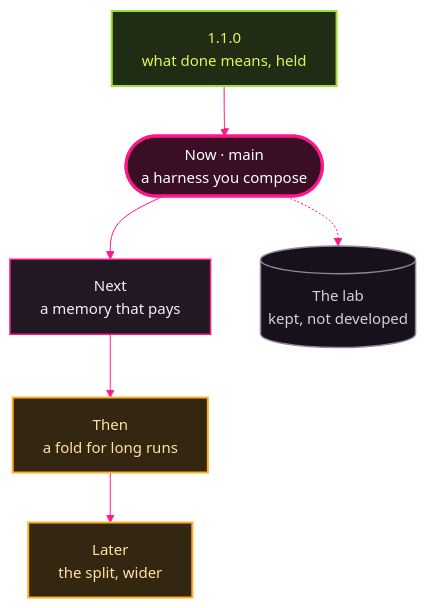
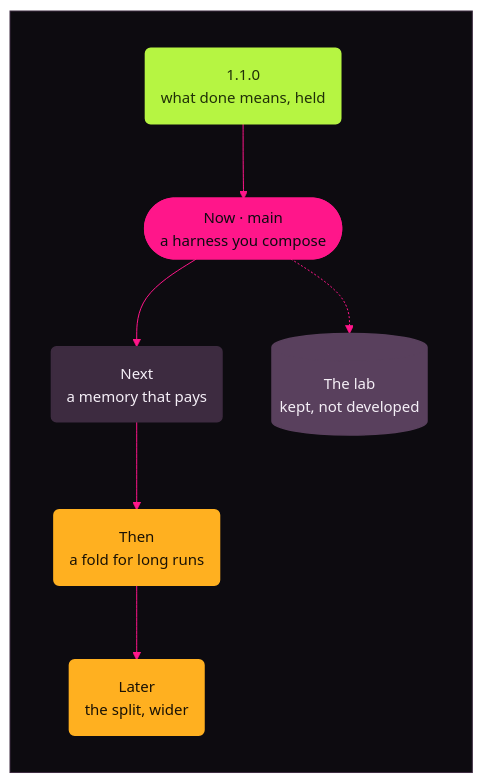
The diagram in docs/roadmap.md (Kaginari/mikata), drawn with Mermaid before and after one commit. The commit also changed 55 other files, not shown here.

````diff
--- a/docs/roadmap.md
+++ b/docs/roadmap.md
@@ -9,71 +9,75 @@
 ```mermaid
 ---
 config:
   theme: base
   themeVariables:
     darkMode: true
     background: "#0d0b10"
     fontFamily: "Inter, Segoe UI, system-ui, -apple-system, Helvetica, Arial, sans-serif"
     fontSize: "15px"
-    primaryColor: "#211824"
+    primaryColor: "#3d2b40"
     primaryTextColor: "#f5eff7"
-    primaryBorderColor: "#ff168a"
-    secondaryColor: "#2c2030"
+    primaryBorderColor: "#3d2b40"
+    secondaryColor: "#59405d"
     secondaryTextColor: "#f5eff7"
-    secondaryBorderColor: "#ff655c"
+    secondaryBorderColor: "#59405d"
     tertiaryColor: "#16111b"
     tertiaryTextColor: "#f5eff7"
-    tertiaryBorderColor: "#59405d"
+    tertiaryBorderColor: "#3d2b40"
     lineColor: "#ff168a"
     textColor: "#f5eff7"
     titleColor: "#f5eff7"
-    edgeLabelBackground: "#16111b"
+    edgeLabelBackground: "#0d0b10"
     clusterBkg: "#16111b"
-    clusterBorder: "#59405d"
-    noteBkgColor: "#332711"
-    noteTextColor: "#ffe1a8"
+    clusterBorder: "#3d2b40"
+    noteBkgColor: "#ffb020"
+    noteTextColor: "#1a1205"
     noteBorderColor: "#ffb020"
-    actorBkg: "#211824"
-    actorBorder: "#ff168a"
+    actorBkg: "#3d2b40"
+    actorBorder: "#3d2b40"
     actorTextColor: "#f5eff7"
     actorLineColor: "#59405d"
     signalColor: "#ff655c"
     signalTextColor: "#f5eff7"
-    labelBoxBkgColor: "#211824"
-    labelBoxBorderColor: "#ff168a"
+    labelBoxBkgColor: "#3d2b40"
+    labelBoxBorderColor: "#3d2b40"
     labelTextColor: "#f5eff7"
     loopTextColor: "#f5eff7"
-    activationBkgColor: "#3a0f26"
+    activationBkgColor: "#ff168a"
     activationBorderColor: "#ff168a"
     sequenceNumberColor: "#0d0b10"
     transitionColor: "#ff168a"
     transitionLabelColor: "#f5eff7"
     stateLabelColor: "#f5eff7"
-    stateBkg: "#211824"
-    labelBackgroundColor: "#16111b"
+    stateBkg: "#3d2b40"
+    labelBackgroundColor: "#0d0b10"
     compositeBackground: "#16111b"
-    compositeTitleBackground: "#211824"
+    compositeTitleBackground: "#3d2b40"
     altBackground: "#16111b"
     specialStateColor: "#b6f542"
     innerEndBackground: "#b6f542"
   flowchart:
     wrappingWidth: 220
 ---
 flowchart TD
-    R["1.1.0<br/>what done means, held"] --> N(["Now · main<br/>a harness you compose"])
-    N --> M["Next<br/>a memory that pays"]
-    M --> F["Then<br/>a fold for long runs"]
-    F --> S["Later<br/>the split, wider"]
-    L[("The lab<br/>kept, not developed")]
-    N -.-> L
-    classDef shipped fill:#202c13,stroke:#9be22d,stroke-width:2px,color:#d9f95c
+    subgraph MIKATA_BG[" "]
+      direction TB
+      R("1.1.0<br/>what done means, held") --> N(["Now · main<br/>a harness you compose"])
+      N --> M("Next<br/>a memory that pays")
+      M --> F("Then<br/>a fold for long runs")
+      F --> S("Later<br/>the split, wider")
+      L[("The lab<br/>kept, not developed")]
+      N -.-> L
+    end
+    classDef shipped fill:#b6f542,stroke:#b6f542,stroke-width:2px,color:#203008
     class R shipped
-    classDef now fill:#3a0f26,stroke:#ff168a,stroke-width:3px,color:#ffffff
+    classDef now fill:#ff168a,stroke:#ff168a,stroke-width:2px,color:#0d0b10
     class N now
-    classDef next fill:#211824,stroke:#ff168a,stroke-width:1.5px,color:#f5eff7
+    classDef next fill:#3d2b40,stroke:#3d2b40,stroke-width:1.5px,color:#f5eff7
     class M next
-    classDef later fill:#332711,stroke:#ffb020,stroke-width:2px,color:#ffe1a8
+    classDef later fill:#ffb020,stroke:#ffb020,stroke-width:2px,color:#1a1205
     class F,S later
-    classDef lab fill:#16111b,stroke:#95849c,stroke-width:1.5px,color:#d8cfdc
+    classDef lab fill:#59405d,stroke:#59405d,stroke-width:1.5px,color:#f5eff7
     class L lab
+    style MIKATA_BG fill:#0d0b10,stroke:#3d2b40,color:#0d0b10
 ```
````
